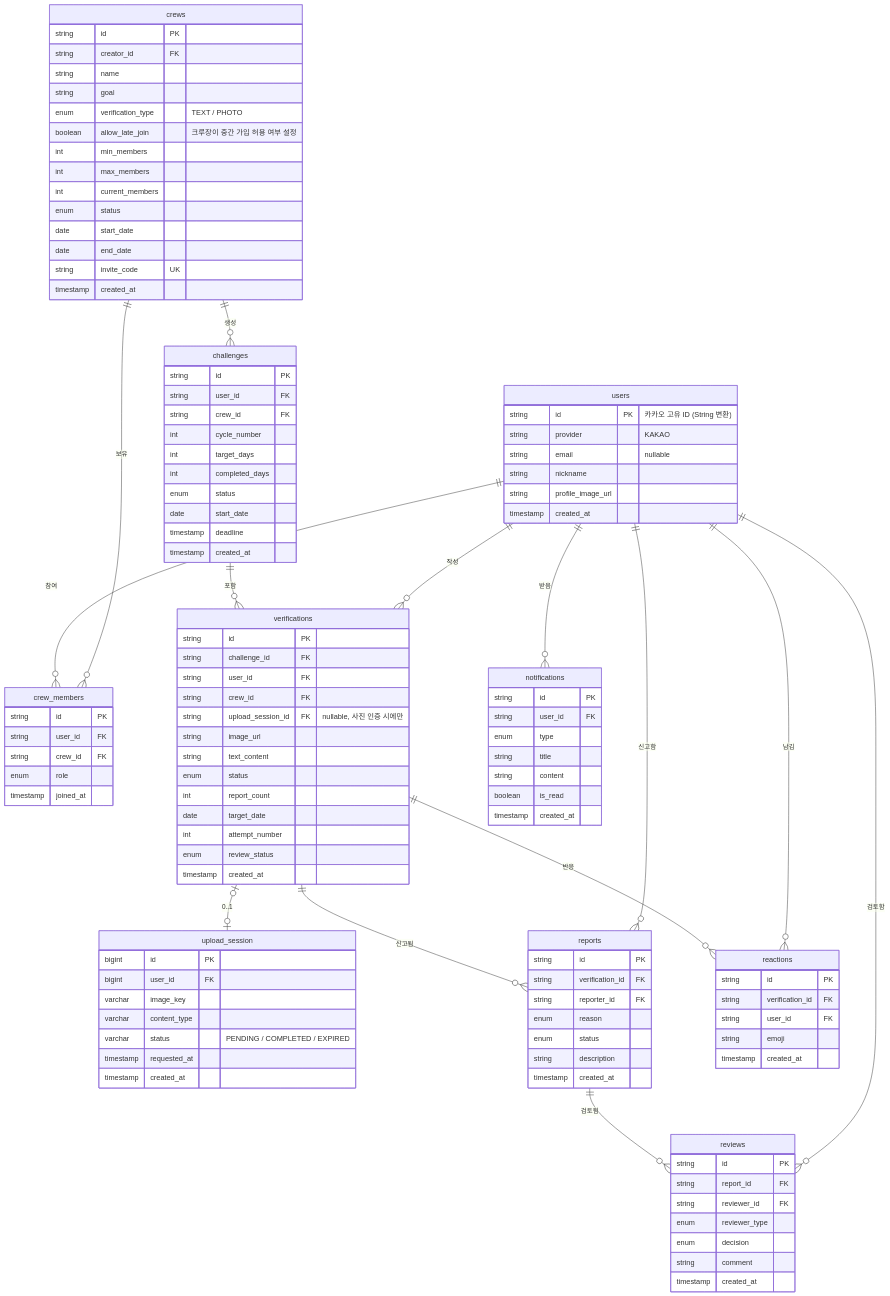
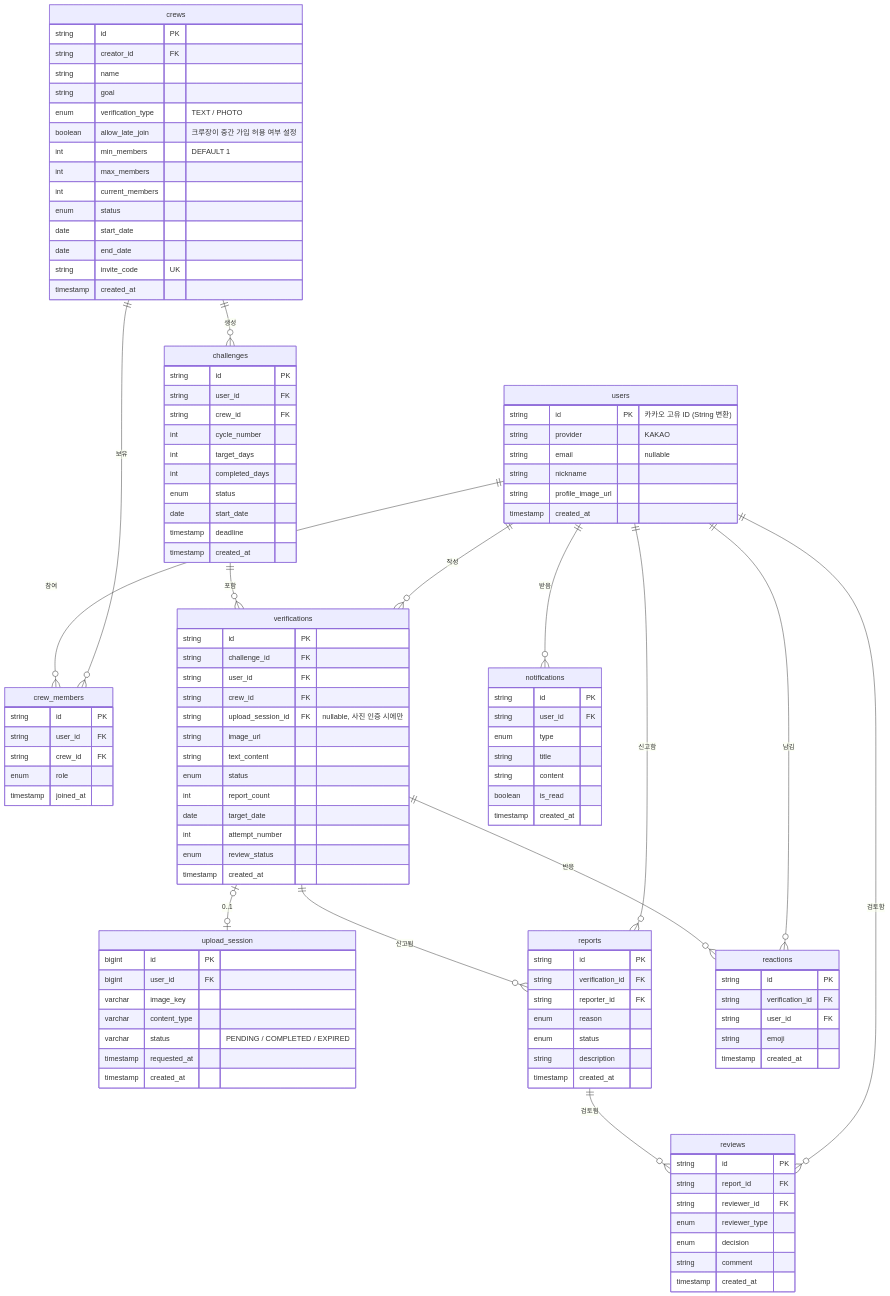
Before and after one commit to JianYang98/TriAgain: the diagram in docs/schema.md, drawn with Mermaid. The commit also changed 1 other file, not shown here.

Commit message:
fix: CrewJpaEntity에 min_members 필드 추가 (DEFAULT 1) - DB NOT NULL 제약 위반 해결

```diff
--- a/docs/schema.md
+++ b/docs/schema.md
@@ -41,7 +41,7 @@
         string goal
         enum verification_type "TEXT / PHOTO"
         boolean allow_late_join "크루장이 중간 가입 허용 여부 설정"
-        int min_members
+        int min_members "DEFAULT 1"
         int max_members
         int current_members
         enum status
```
